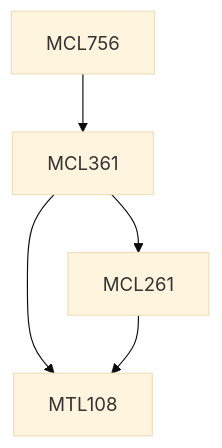
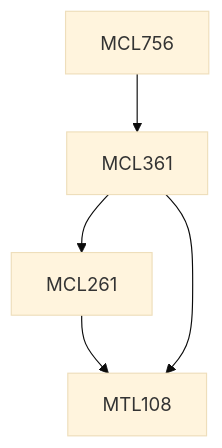
Before and after one commit to KeshavBansal0122/CoS_Website: the diagram in content/Mechanical Engineering/MCL756.md, drawn with Mermaid (base theme). The commit also changed other lines of this file and 2662 other files, not shown here.

````diff
--- a/content/Mechanical Engineering/MCL756.md
+++ b/content/Mechanical Engineering/MCL756.md
@@ -13,11 +13,11 @@
 ```mermaid
 flowchart TD
 MCL756-467[MCL756]
 MCL756-467 --> MCL361-467[MCL361]
+MCL261-467 --> MTL108-467[MTL108]
 MCL361-467 --> MTL108-467[MTL108]
 MCL361-467 --> MCL261-467[MCL261]
-MCL261-467 --> MTL108-467[MTL108]
 
 classDef empty height:17px, fill:transparent, stroke:transparent;
 classDef trueEmpty height:0px, width:0px;
 ```
````
